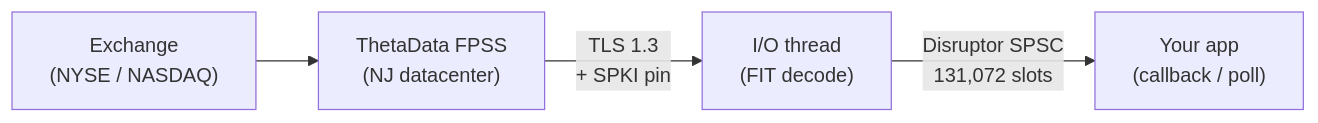
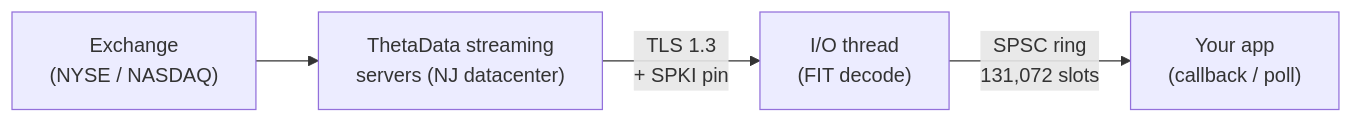
Before and after one commit to userFRM/ThetaDataDx: the diagram in docs-site/docs/getting-started/streaming.md, drawn with Mermaid. The commit also changed other lines of this file and 527 other files, not shown here.

First line of the commit message:
feat!: ship ThetaDataDx v11.0.0 (#611)

````diff
--- a/docs-site/docs/getting-started/streaming.md
+++ b/docs-site/docs/getting-started/streaming.md
@@ -14,6 +14,6 @@
 ```mermaid
 graph LR
-    A["Exchange<br/>(NYSE / NASDAQ)"] --> B["ThetaData FPSS<br/>(NJ datacenter)"]
+    A["Exchange<br/>(NYSE / NASDAQ)"] --> B["ThetaData streaming<br/>servers (NJ datacenter)"]
     B -->|"TLS 1.3<br/>+ SPKI pin"| C["I/O thread<br/>(FIT decode)"]
-    C -->|"Disruptor SPSC<br/>131,072 slots"| D["Your app<br/>(callback / poll)"]
+    C -->|"SPSC ring<br/>131,072 slots"| D["Your app<br/>(callback / poll)"]
 ```
````
